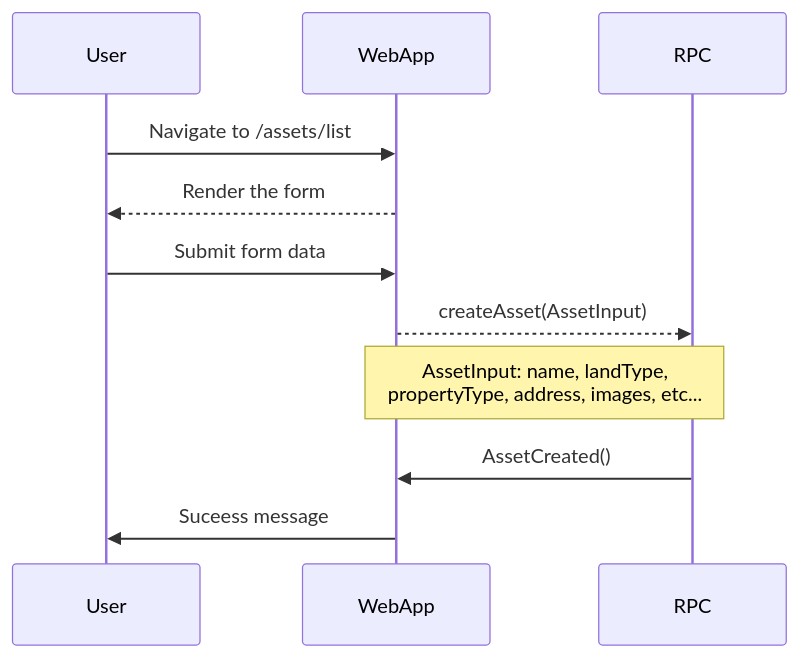
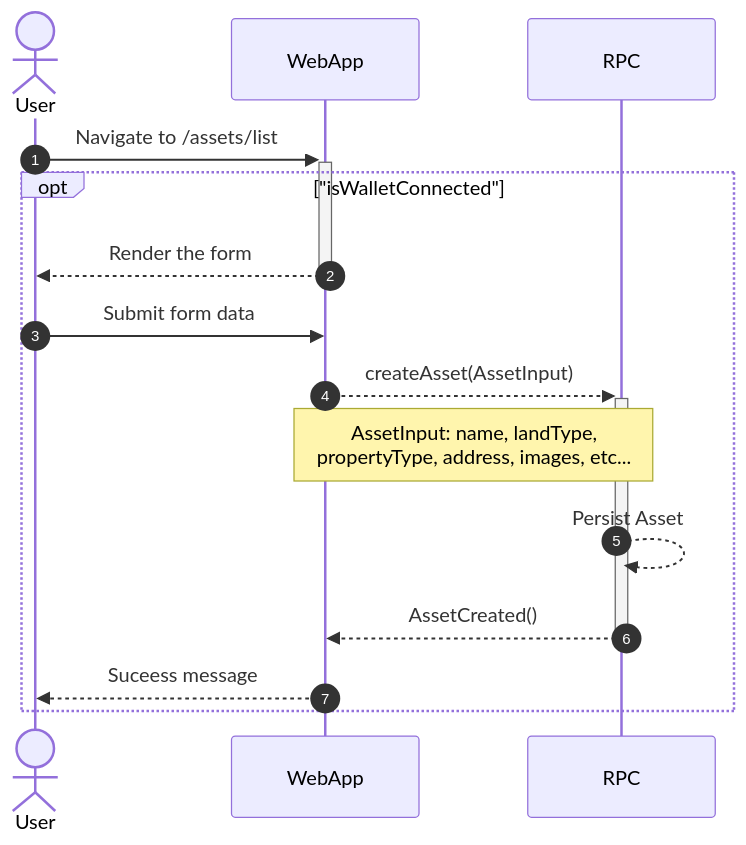
Before and after one commit to binaryx-protocol/binaryx_app: the diagram in arb/mermaid/ListAsset.md, drawn with Mermaid. The commit also changed 1 other file, not shown here.

Commit message:
#sd_nov8: aliases, numbers

````diff
--- a/arb/mermaid/ListAsset.md
+++ b/arb/mermaid/ListAsset.md
@@ -3,14 +3,20 @@
 ```mermaid
 sequenceDiagram
+autonumber
 
-participant User
-participant WebApp
+actor U as User
+participant W as WebApp
 participant RPC
-User->>WebApp: Navigate to /assets/list
-WebApp-->>User: Render the form
-User->>WebApp: Submit form data
-WebApp-->>RPC: createAsset(AssetInput)
-Note over WebApp, RPC: AssetInput: name, landType,<br>propertyType, address, images, etc... 
-RPC->>WebApp: AssetCreated()
-WebApp->>User: Suceess message
+
+U->>+W: Navigate to /assets/list
+  
+opt "isWalletConnected"
+  W-->>-U: Render the form
+  U->>W: Submit form data
+  W-->>+RPC: createAsset(AssetInput)
+  Note over W, RPC: AssetInput: name, landType,<br>propertyType, address, images, etc...
+  RPC-->>RPC: Persist Asset 
+  RPC-->>-W: AssetCreated()
+  W-->>U: Suceess message
+end
 ```
````
